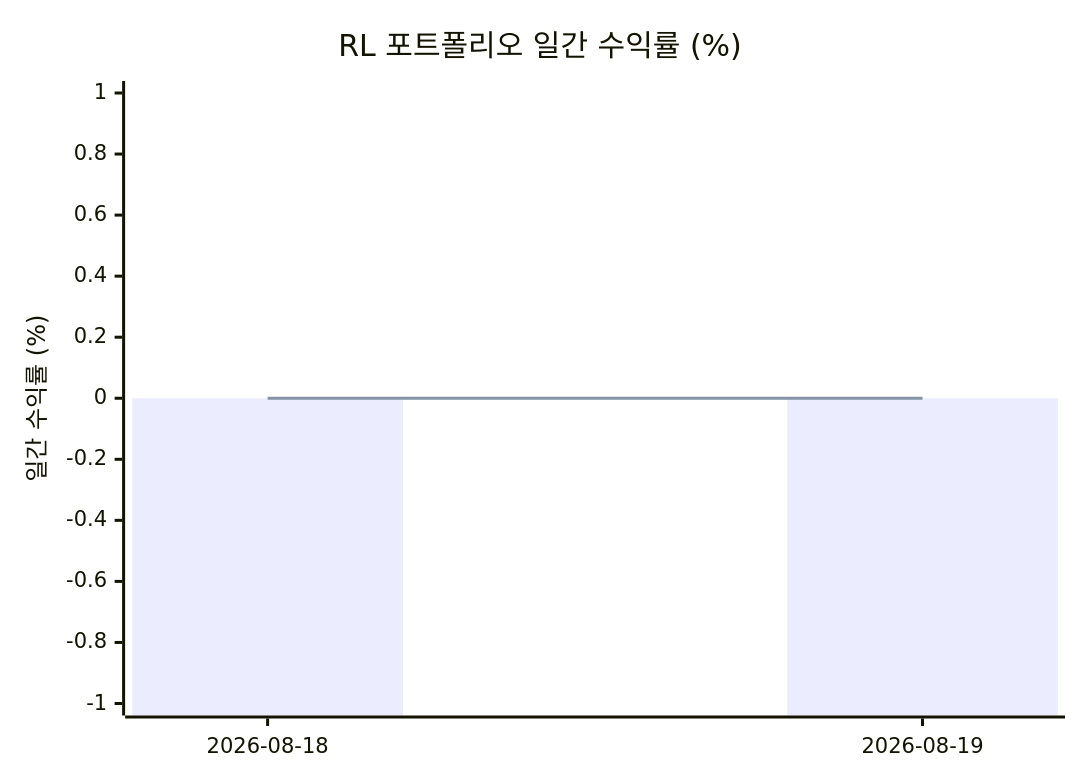
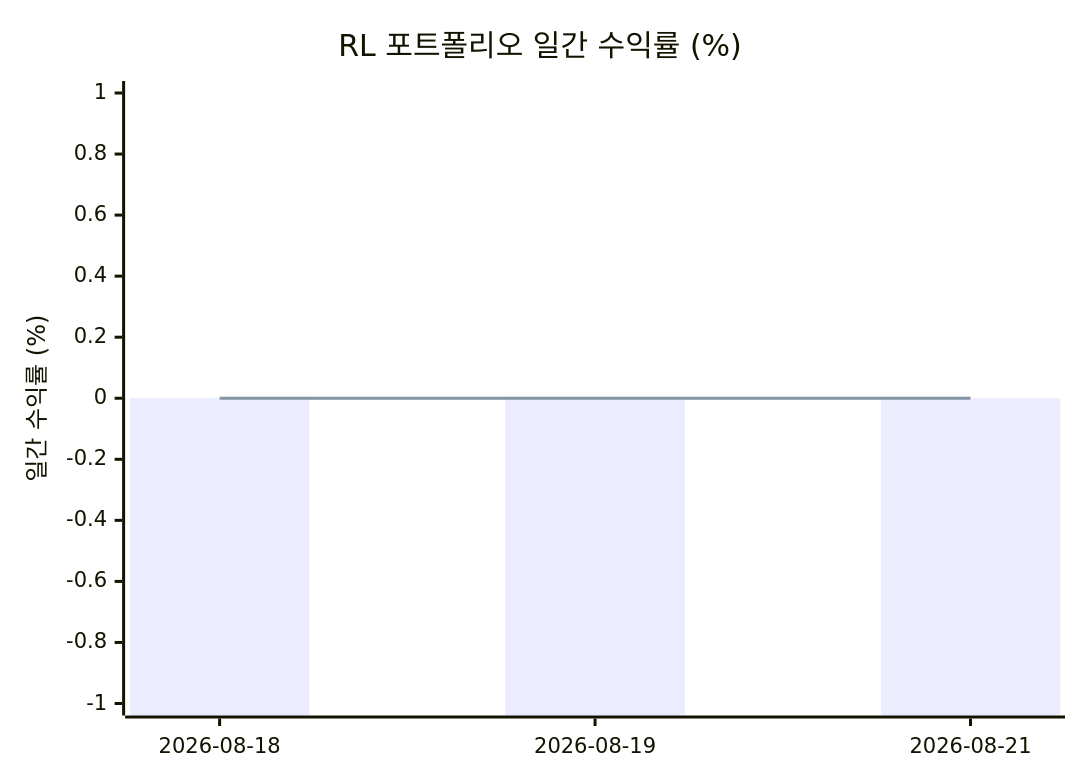
One commit to parkminsung45/Minsung-RL-based-Investment-Model changed the diagram in README.md. Above: the diagram before and after it, drawn with Mermaid. The commit also changed other lines of this file and 1 other file, not shown here.

Commit message:
일별 실행 기록: 2026-08-21

````diff
--- a/README.md
+++ b/README.md
@@ -338,8 +338,8 @@
 ```mermaid
 xychart-beta
     title "RL 포트폴리오 일간 수익률 (%)"
-    x-axis ["2026-08-18", "2026-08-19"]
+    x-axis ["2026-08-18", "2026-08-19", "2026-08-21"]
     y-axis "일간 수익률 (%)" -1.0 --> 1.0
-    bar [0.00, 0.00]
-    line [0.00, 0.00]
+    bar [0.00, 0.00, 0.00]
+    line [0.00, 0.00, 0.00]
 ```
````
